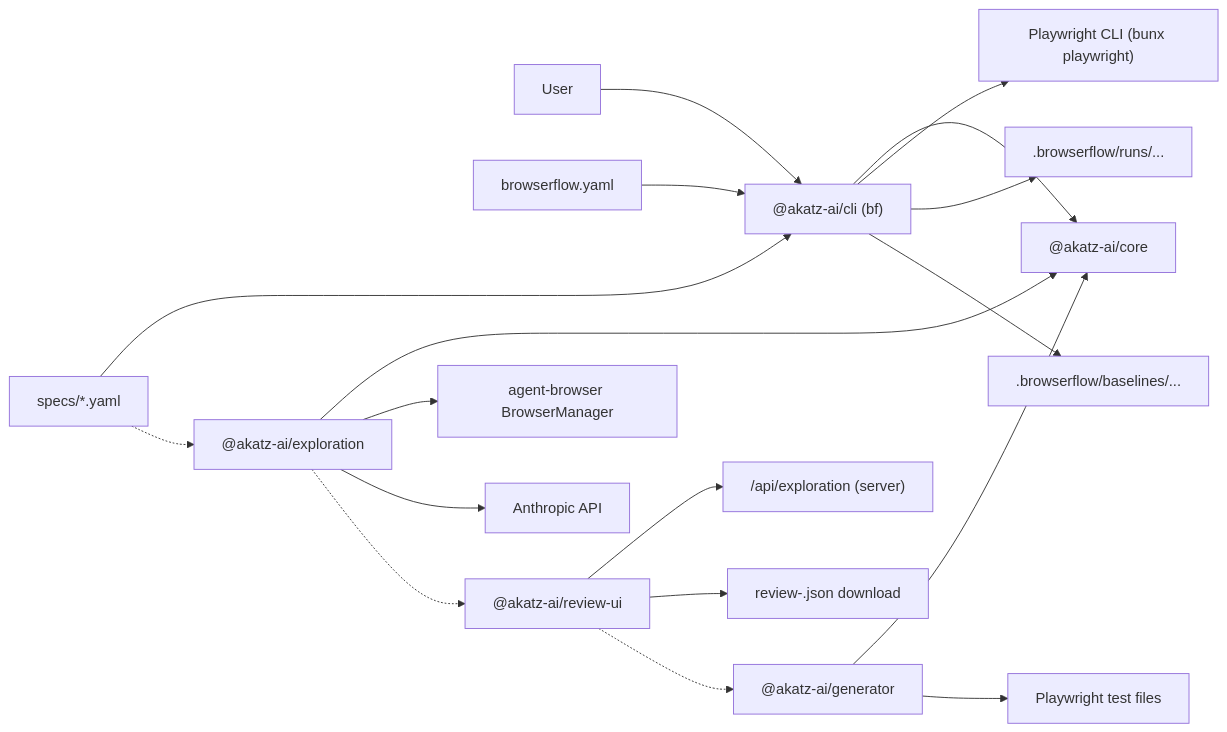
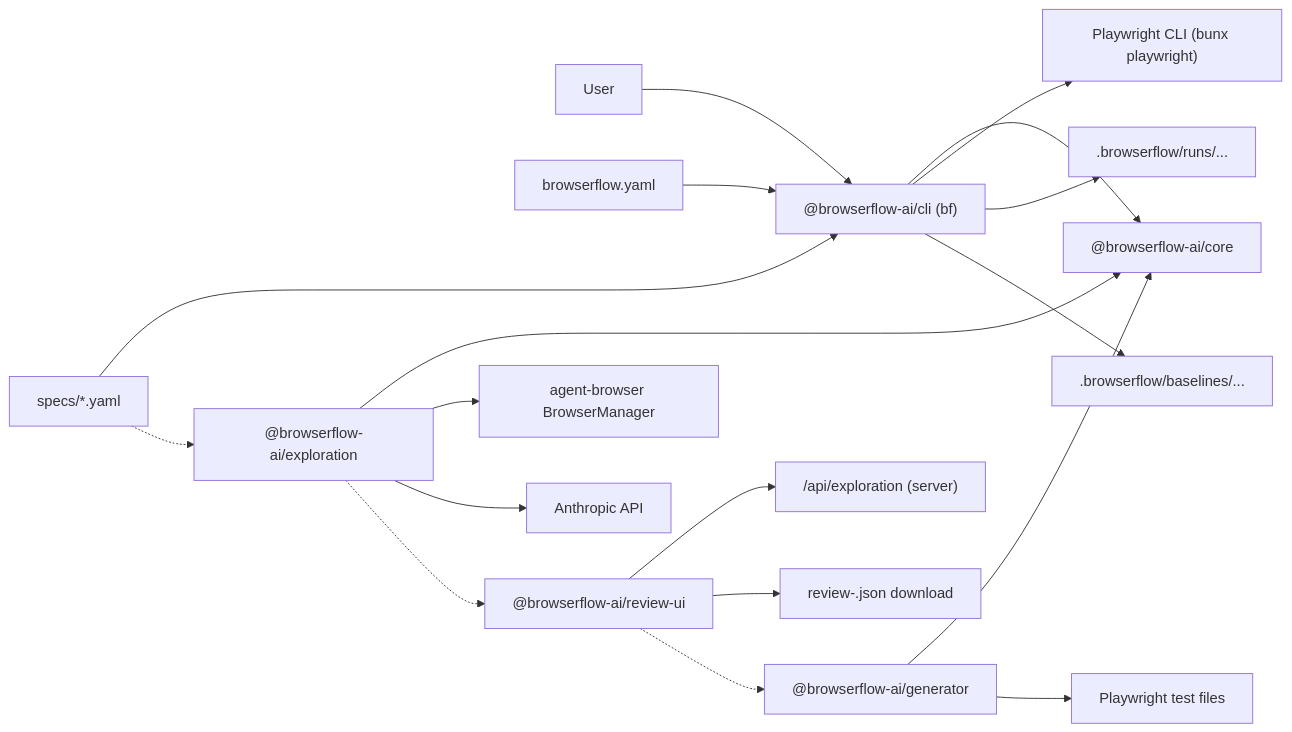
One commit to akatz-ai/browserflow changed the first of 8 diagrams in docs/audits/2026-01-19-architecture/ARCHITECTURE-REPORT.md. Above: the diagram before and after it, drawn with Mermaid. The commit also changed other lines of this file and 65 other files, not shown here.

First line of the commit message:
chore: rename packages from @akatz-ai/* to @browserflow-ai/*

````diff
--- a/docs/audits/2026-01-19-architecture/ARCHITECTURE-REPORT.md
+++ b/docs/audits/2026-01-19-architecture/ARCHITECTURE-REPORT.md
@@ -14,25 +14,25 @@
 ```mermaid
 flowchart LR
-  User[User] --> CLI["@akatz-ai/cli (bf)"]
+  User[User] --> CLI["@browserflow-ai/cli (bf)"]
   Specs["specs/*.yaml"] --> CLI
   Config["browserflow.yaml"] --> CLI
-  CLI --> Core["@akatz-ai/core"]
+  CLI --> Core["@browserflow-ai/core"]
   CLI --> Playwright["Playwright CLI (bunx playwright)"]
   CLI --> Runs[".browserflow/runs/..."]
   CLI --> Baselines[".browserflow/baselines/..."]
 
-  Exploration["@akatz-ai/exploration"] --> Core
+  Exploration["@browserflow-ai/exploration"] --> Core
   Exploration --> AgentBrowser["agent-browser BrowserManager"]
   Exploration --> Anthropic["Anthropic API"]
 
-  Generator["@akatz-ai/generator"] --> Core
+  Generator["@browserflow-ai/generator"] --> Core
   Generator --> Tests["Playwright test files"]
 
-  ReviewUI["@akatz-ai/review-ui"] --> ReviewAPI["/api/exploration (server)"]
+  ReviewUI["@browserflow-ai/review-ui"] --> ReviewAPI["/api/exploration (server)"]
   ReviewUI --> ReviewJSON["review-<id>.json download"]
 
   %% inferred pipeline edges
   Specs -.-> Exploration
   Exploration -.-> ReviewUI
   ReviewUI -.-> Generator
 ```
````
